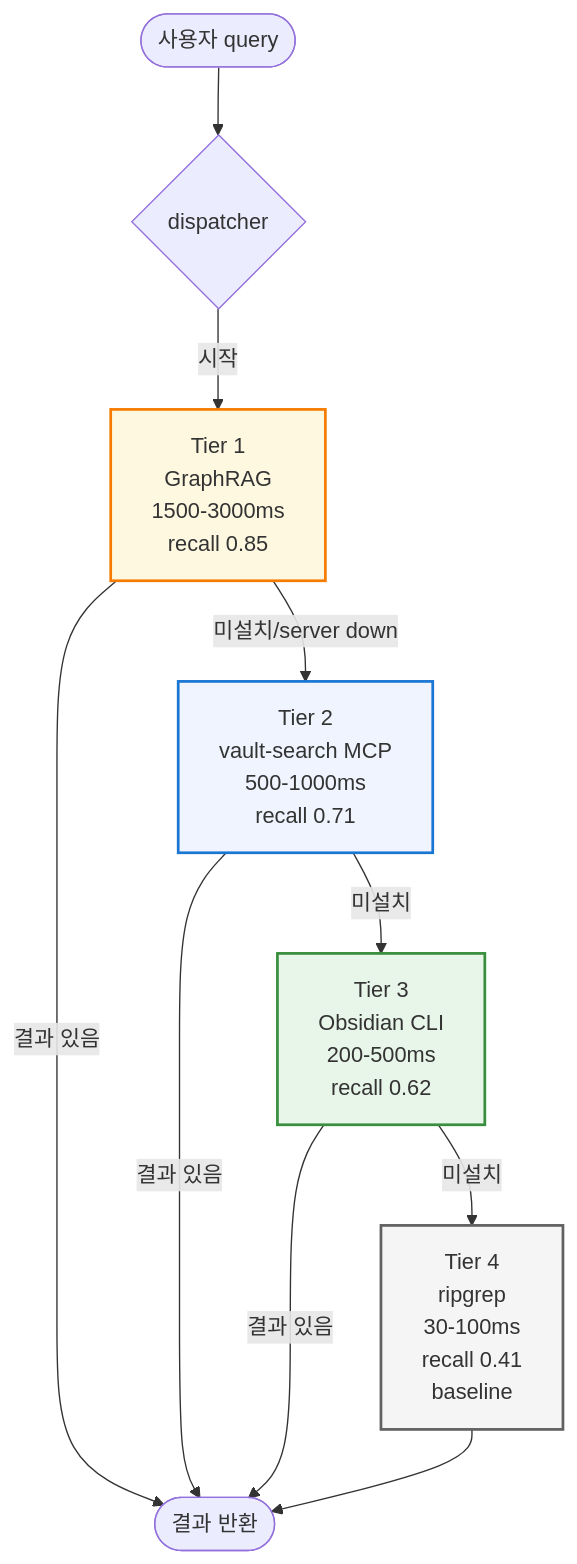
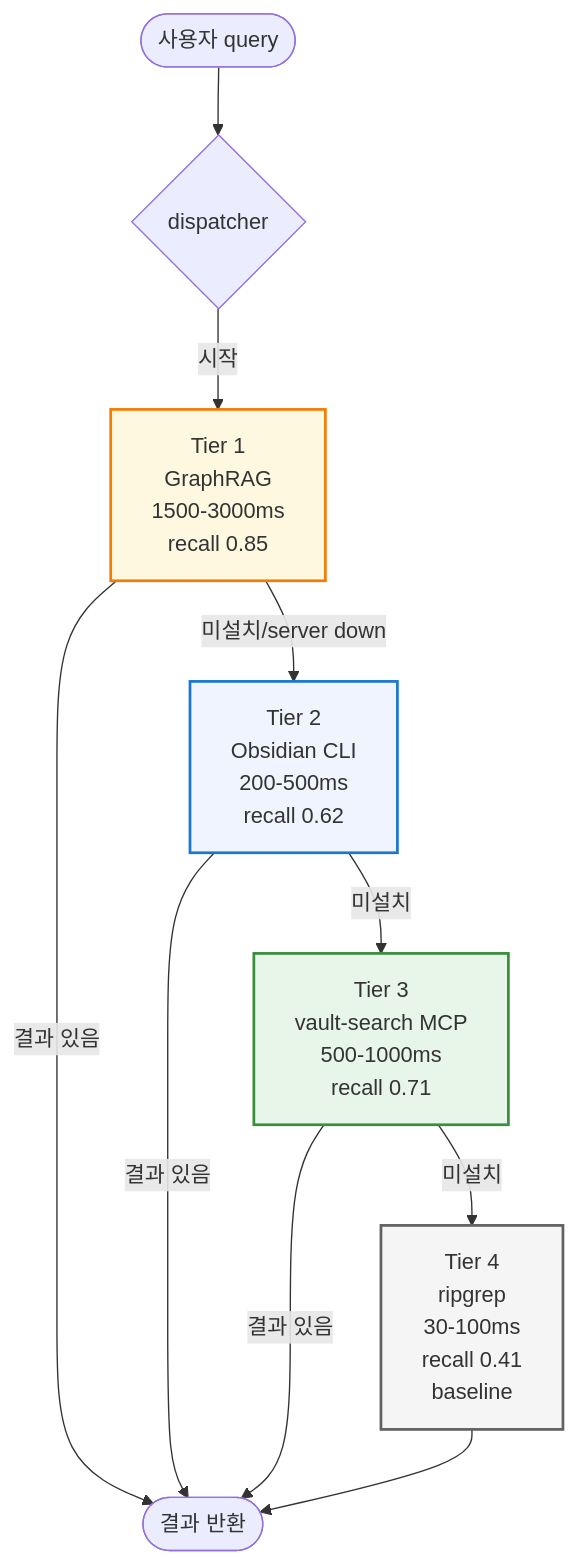
One commit to treylom/ThisCode changed the first of 6 diagrams in docs/ARCHITECTURE.md. Above: the diagram before and after it, drawn with Mermaid. The commit also changed other lines of this file and 58 other files, not shown here.

````diff
--- a/docs/ARCHITECTURE.md
+++ b/docs/ARCHITECTURE.md
@@ -9,25 +16,25 @@
 ```mermaid
 flowchart TD
     Start([사용자 query]) --> Disp{dispatcher}
 
     Disp -->|시작| T1[Tier 1<br/>GraphRAG<br/>1500-3000ms<br/>recall 0.85]
     T1 -->|결과 있음| Return([결과 반환])
     T1 -->|미설치/server down| T2
 
-    T2[Tier 2<br/>vault-search MCP<br/>500-1000ms<br/>recall 0.71] -->|결과 있음| Return
+    T2[Tier 2<br/>Obsidian CLI<br/>200-500ms<br/>recall 0.62] -->|결과 있음| Return
     T2 -->|미설치| T3
 
-    T3[Tier 3<br/>Obsidian CLI<br/>200-500ms<br/>recall 0.62] -->|결과 있음| Return
+    T3[Tier 3<br/>vault-search MCP<br/>500-1000ms<br/>recall 0.71] -->|결과 있음| Return
     T3 -->|미설치| T4
 
     T4[Tier 4<br/>ripgrep<br/>30-100ms<br/>recall 0.41<br/>baseline] --> Return
 
     classDef tier1 fill:#fff8e1,stroke:#f57c00,stroke-width:2px
     classDef tier2 fill:#f0f4ff,stroke:#1976d2,stroke-width:2px
     classDef tier3 fill:#e8f5e9,stroke:#388e3c,stroke-width:2px
     classDef tier4 fill:#f5f5f5,stroke:#616161,stroke-width:2px
     class T1 tier1
     class T2 tier2
     class T3 tier3
     class T4 tier4
 ```
````
